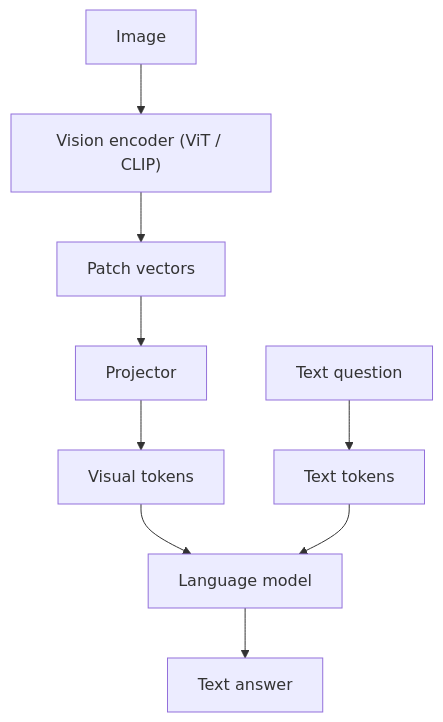
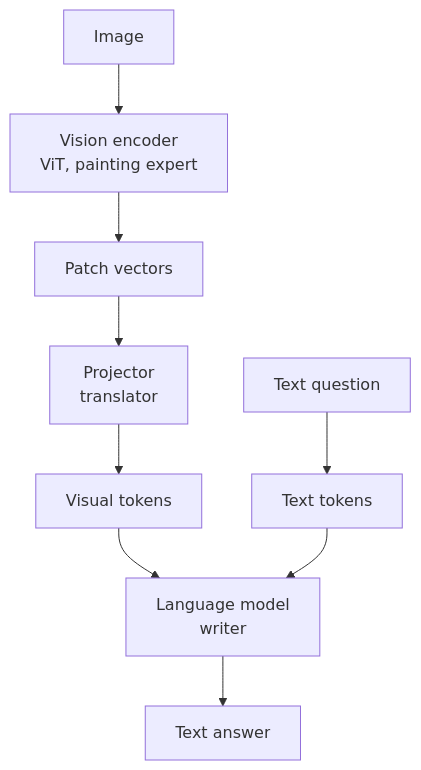
One commit to kaisarnajar/outcome-school-blogs changed the first of 2 diagrams in notes/step-15-multimodal-ai-and-generative-models/176-vision-language-model-vlm.md. Above: the diagram before and after it, drawn with Mermaid. The commit also changed other lines of this file and 233 other files, not shown here.

````diff
--- a/notes/step-15-multimodal-ai-and-generative-models/176-vision-language-model-vlm.md
+++ b/notes/step-15-multimodal-ai-and-generative-models/176-vision-language-model-vlm.md
@@ -49,11 +73,11 @@
 ```mermaid
 flowchart TD
-    I["Image"] --> V["Vision encoder (ViT / CLIP)"]
-    V --> PV["Patch vectors"]
-    PV --> P["Projector"]
-    P --> VT["Visual tokens"]
-    Q["Text question"] --> TT["Text tokens"]
-    VT --> L["Language model"]
-    TT --> L
-    L --> A["Text answer"]
+    IM["Image"] --> VE["Vision encoder<br/>ViT, painting expert"]
+    VE --> PV["Patch vectors"]
+    PV --> PR["Projector<br/>translator"]
+    PR --> VT["Visual tokens"]
+    TQ["Text question"] --> TT["Text tokens"]
+    VT --> LM["Language model<br/>writer"]
+    TT --> LM
+    LM --> AN["Text answer"]
 ```
````
